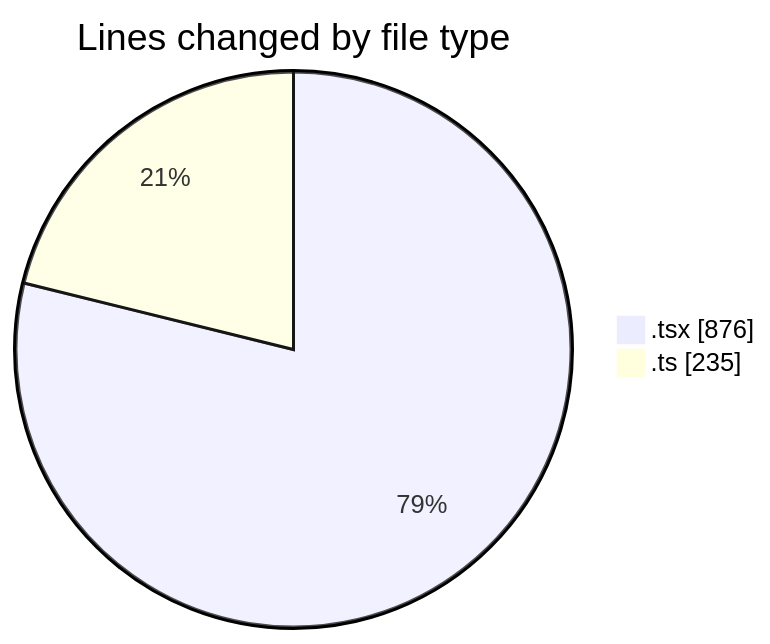
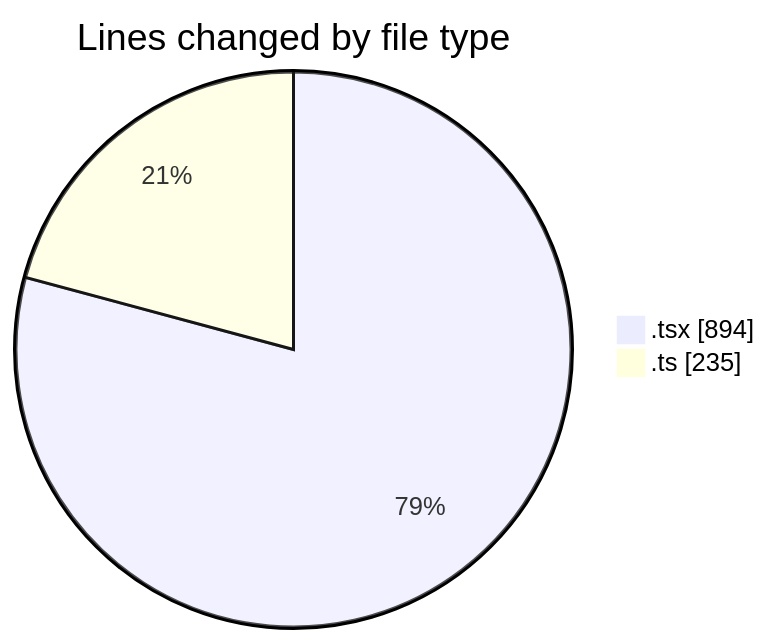
One commit to momahboobian/code-tracking changed the first of 2 diagrams in 2025-09-15/cda/README.md. Above: the diagram before and after it, drawn with Mermaid. The commit also changed other lines of this file and 1 other file, not shown here.

````diff
--- a/2025-09-15/cda/README.md
+++ b/2025-09-15/cda/README.md
@@ -22,6 +22,6 @@
 ```mermaid
 pie showData
 title Lines changed by file type
-".tsx" : 876
+".tsx" : 894
 ".ts" : 235
 ```
````
